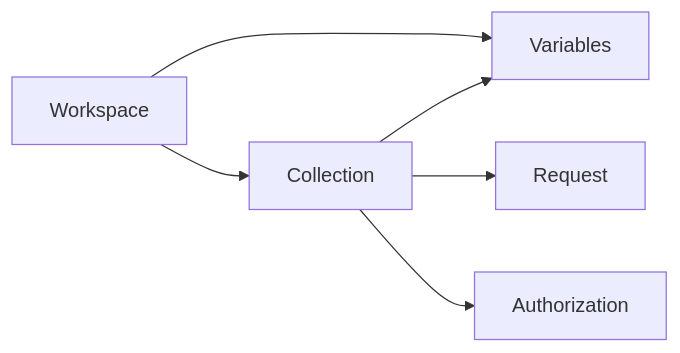
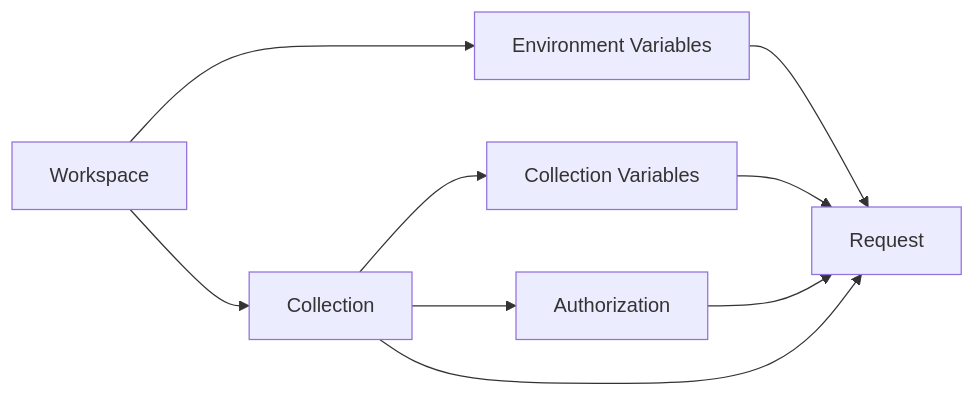
The fourth of 4 diagrams in generator/konfig-docs/blog/2023-06-28-how-to-use-postman-to-test-api/2023-06-28-how-to-use-postman-to-test.mdx (taneron/konfig), drawn with Mermaid before and after one commit. The commit also changed other lines of this file and 4 other files, not shown here.

````diff
--- a/generator/konfig-docs/blog/2023-06-28-how-to-use-postman-to-test-api/2023-06-28-how-to-use-postman-to-test.mdx
+++ b/generator/konfig-docs/blog/2023-06-28-how-to-use-postman-to-test-api/2023-06-28-how-to-use-postman-to-test.mdx
@@ -357,8 +372,11 @@
 ```mermaid
 flowchart LR
+    Workspace --> E[Environment Variables]
     Workspace --> Collection
-    Workspace --> Variables
-    Collection --> Variables
+    Collection --> CV[Collection Variables]
+    E --> Request
+    CV --> Request
+    Authorization --> Request
     Collection --> Request
     Collection --> Authorization
 ```
````
